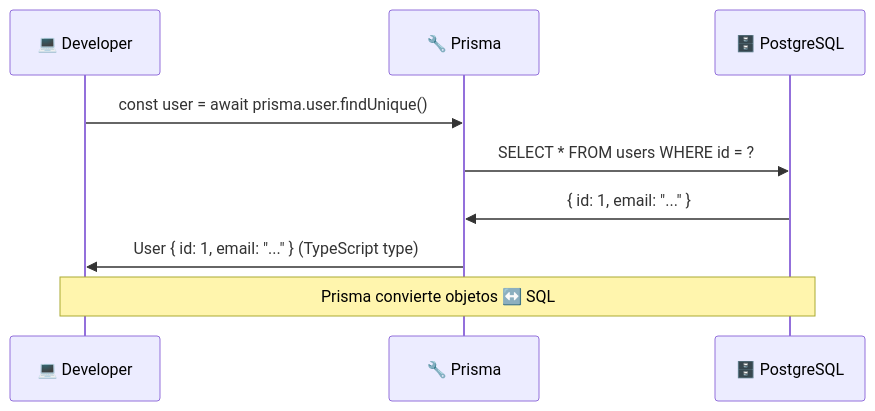
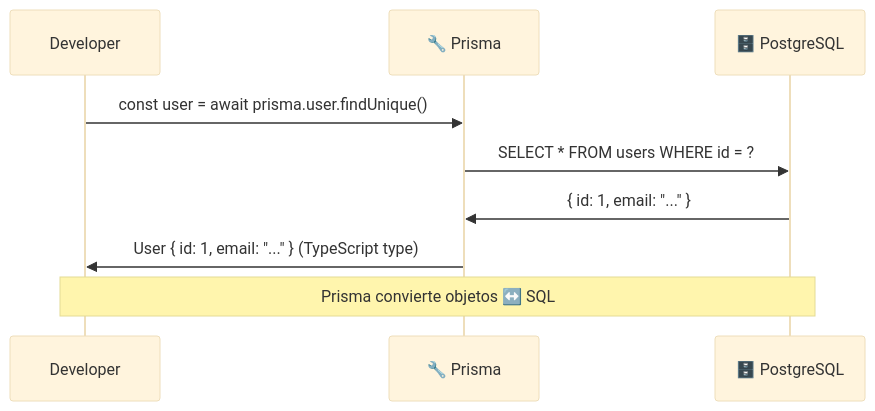
One commit to Ai-Whisperers/Courses-Content changed the third of 9 diagrams in courses/🟡-development/FPUNA-2026/01-DESARROLLO-SOFTWARE/especializaciones/web-development/02-desarrollo-fullstack.md. Above: the diagram before and after it, drawn with Mermaid. The commit also changed other lines of this file and 47 other files, not shown here.

First line of the commit message:
fix: Make all 473 diagrams WCAG AAA accessible (FPUNA-2026)

````diff
--- a/courses/🟡-development/FPUNA-2026/01-DESARROLLO-SOFTWARE/especializaciones/web-development/02-desarrollo-fullstack.md
+++ b/courses/🟡-development/FPUNA-2026/01-DESARROLLO-SOFTWARE/especializaciones/web-development/02-desarrollo-fullstack.md
@@ -256,13 +258,14 @@
 ```mermaid
+%%{init: {'theme':'base', 'themeVariables': {'fontSize':'18px'}}}%%
 sequenceDiagram
-    participant D as 💻 Developer
+    participant D as Developer
     participant P as 🔧 Prisma
     participant DB as 🗄️ PostgreSQL
     
     D->>P: const user = await prisma.user.findUnique()
     P->>DB: SELECT * FROM users WHERE id = ?
     DB->>P: { id: 1, email: "..." }
     P->>D: User { id: 1, email: "..." } (TypeScript type)
     
     Note over D,DB: Prisma convierte objetos ↔️ SQL
 ```
````
